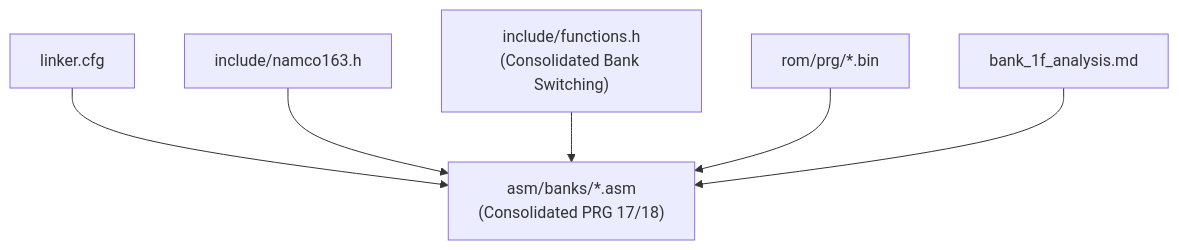
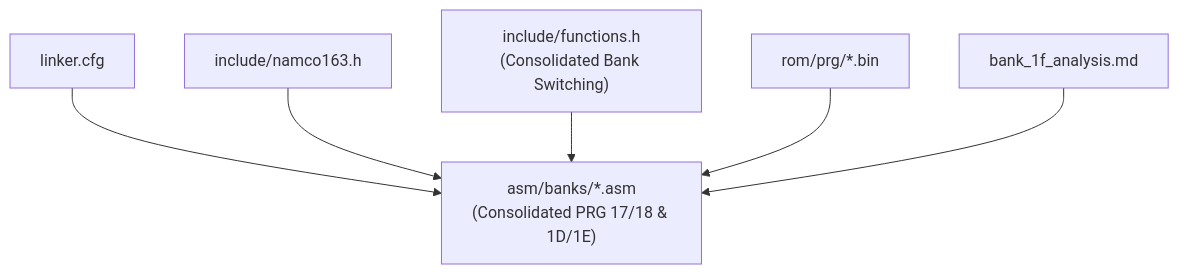
The third of 3 diagrams in .qoder/repowiki/en/content/Assembly Architecture/Bank Organization and Memory Layout.md (rabbyzero/sango2dasm), drawn with Mermaid before and after one commit. The commit also changed other lines of this file and 15 other files, not shown here.

````diff
--- a/.qoder/repowiki/en/content/Assembly Architecture/Bank Organization and Memory Layout.md
+++ b/.qoder/repowiki/en/content/Assembly Architecture/Bank Organization and Memory Layout.md
@@ -385,14 +405,14 @@
 ```mermaid
 graph TB
 LCFG["linker.cfg"]
 N163["include/namco163.h"]
 FUNCS["include/functions.h<br/>(Consolidated Bank Switching)"]
-STUBS["asm/banks/*.asm<br/>(Consolidated PRG 17/18)"]
+STUBS["asm/banks/*.asm<br/>(Consolidated PRG 17/18 & 1D/1E)"]
 ROM["rom/prg/*.bin"]
 BOOT["bank_1f_analysis.md"]
 LCFG --> STUBS
 N163 --> STUBS
 FUNCS --> STUBS
 ROM --> STUBS
 BOOT --> STUBS
 ```
````
